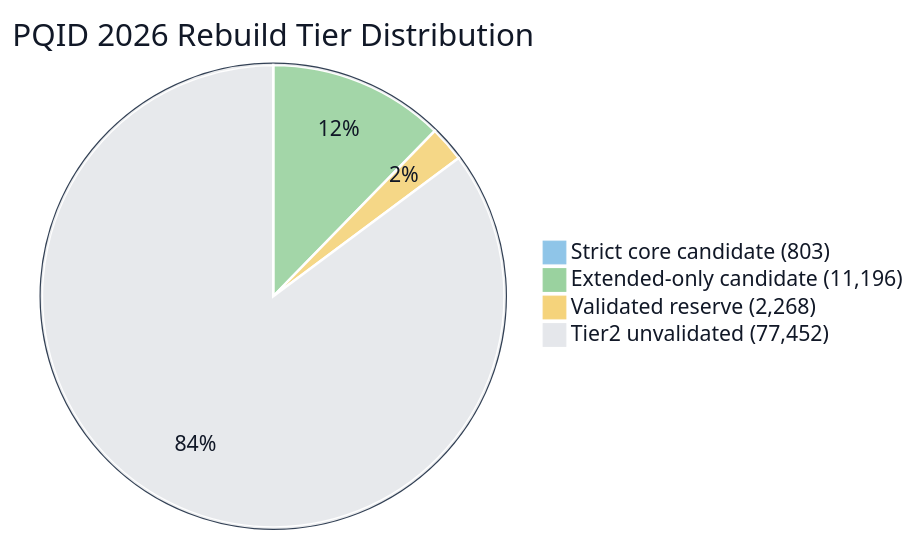
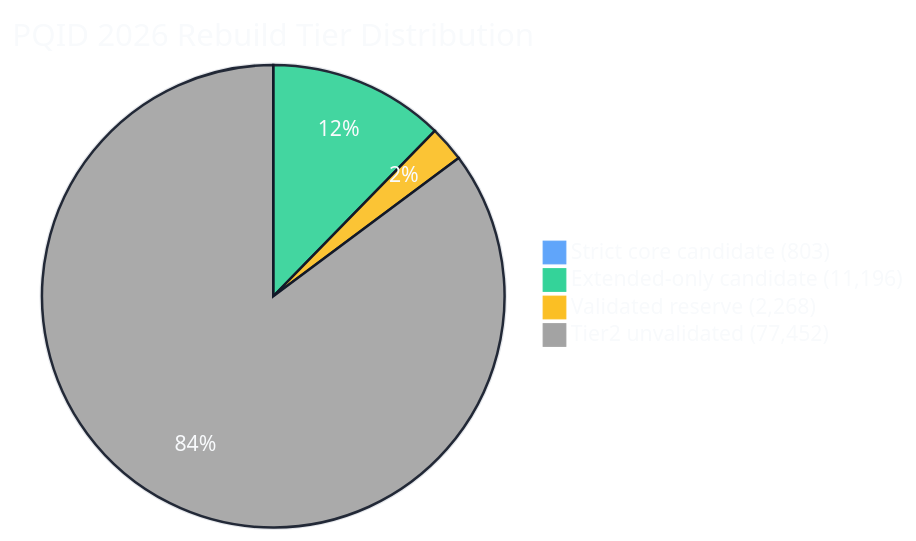
Before and after one commit to Elias-Abebe-Gasparini/PQID-Dataset: the third of 4 diagrams in README.md, drawn with Mermaid. The commit also changed other lines of this file, not shown here.

Commit message:
Fix README pie chart contrast

````diff
--- a/README.md
+++ b/README.md
@@ -218,8 +218,8 @@
 ```mermaid
-%%{init: {'theme': 'base', 'themeVariables': {'background': '#ffffff', 'mainBkg': '#ffffff', 'textColor': '#111827', 'primaryTextColor': '#111827', 'pieTitleTextColor': '#111827', 'pieSectionTextColor': '#111827', 'pieLegendTextColor': '#111827', 'pieStrokeColor': '#ffffff', 'pieOuterStrokeColor': '#334155', 'pieOpacity': '0.9', 'pie1': '#8fc5e8', 'pie2': '#9ad29f', 'pie3': '#f5d37b', 'pie4': '#e5e7eb', 'fontFamily': 'Arial, sans-serif'}}}%%
+%%{init: {'theme': 'base', 'themeVariables': {'background': '#111827', 'mainBkg': '#111827', 'textColor': '#f8fafc', 'primaryTextColor': '#f8fafc', 'pieTitleTextColor': '#f8fafc', 'pieSectionTextColor': '#f8fafc', 'pieLegendTextColor': '#f8fafc', 'pieStrokeColor': '#111827', 'pieOuterStrokeColor': '#e5e7eb', 'pieOpacity': '0.92', 'pie1': '#60a5fa', 'pie2': '#34d399', 'pie3': '#fbbf24', 'pie4': '#a3a3a3', 'fontFamily': 'Arial, sans-serif'}}}%%
 pie title PQID 2026 Rebuild Tier Distribution
     "Strict core candidate (803)" : 803
     "Extended-only candidate (11,196)" : 11196
     "Validated reserve (2,268)" : 2268
     "Tier2 unvalidated (77,452)" : 77452
 ```
````
